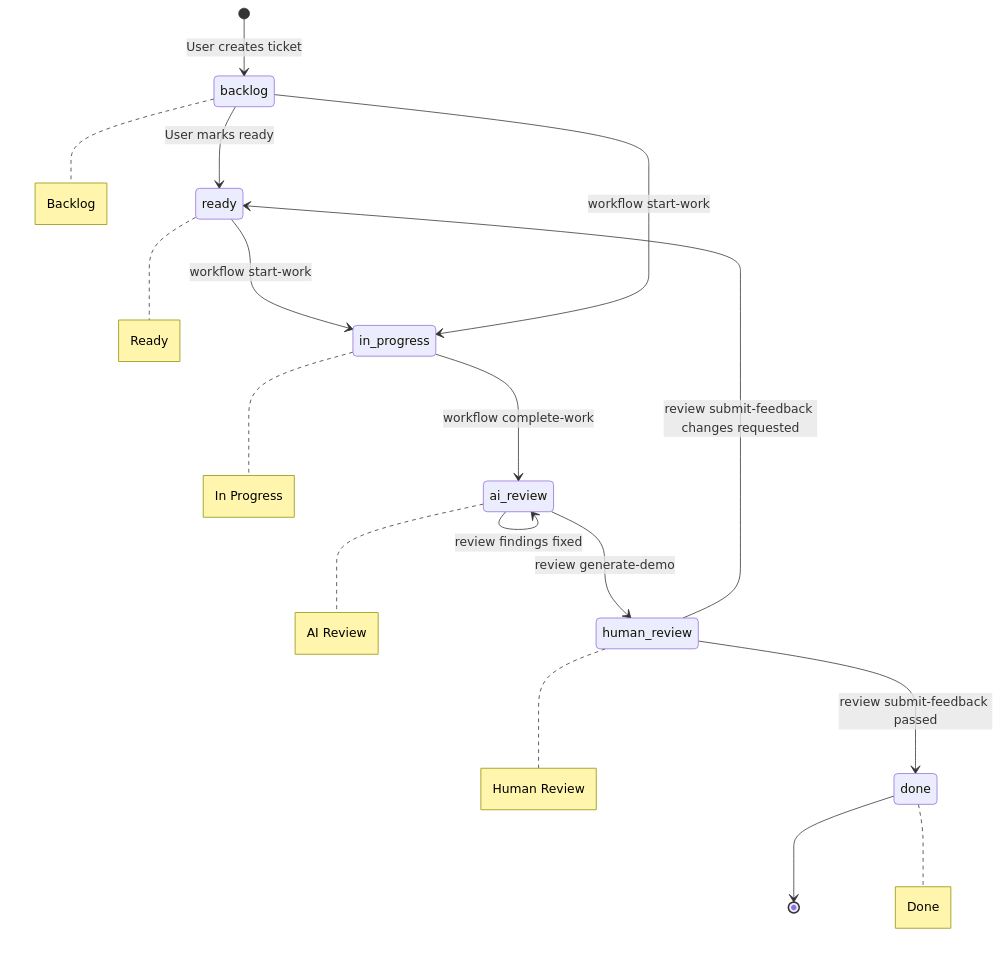
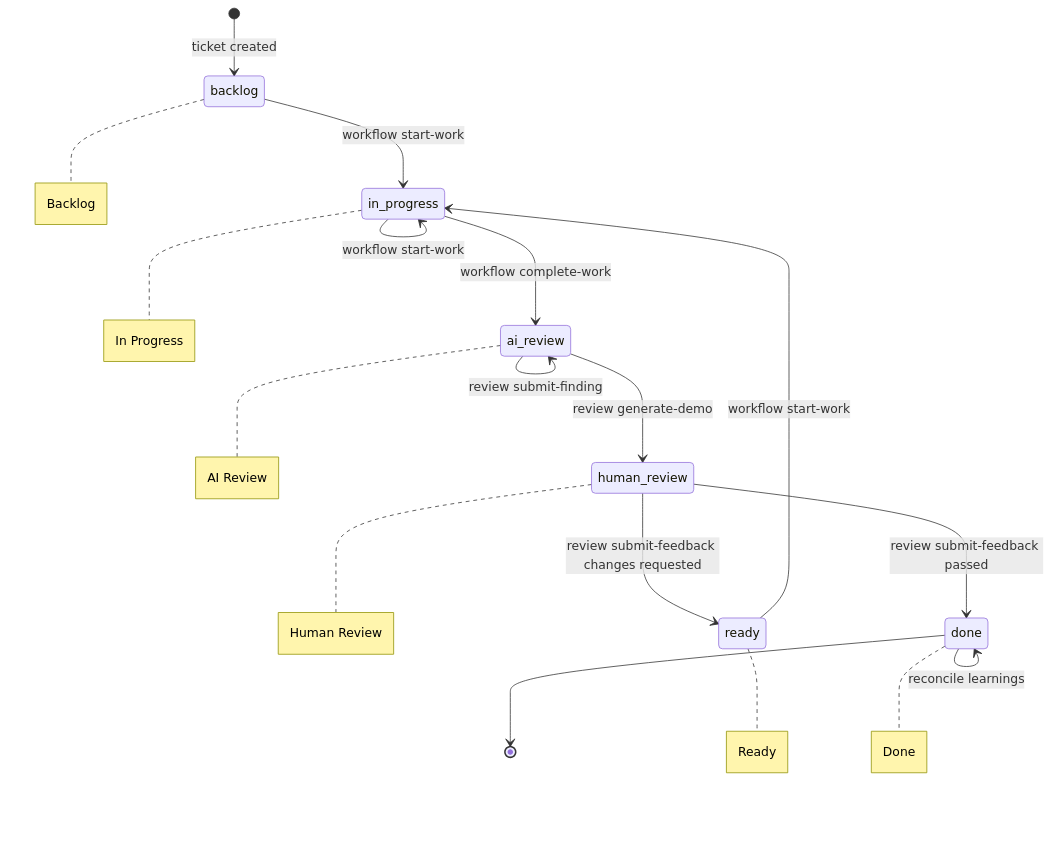
The first of 15 diagrams in docs/claude-flow-ticket-lifecycle.md (salmanrrana/brain-dump), drawn with Mermaid before and after one commit. The commit also changed 27 other files, not shown here.

Commit message:
feat(042cd2bb): address workflow sync review findings

````diff
--- a/docs/claude-flow-ticket-lifecycle.md
+++ b/docs/claude-flow-ticket-lifecycle.md
@@ -11,20 +11,21 @@
 ```mermaid
 stateDiagram-v2
-    [*] --> backlog: User creates ticket
-    backlog --> ready: User marks ready
+    [*] --> backlog: ticket created
+    backlog --> in_progress: workflow start-work
     ready --> in_progress: workflow start-work
-    backlog --> in_progress: workflow start-work
+    in_progress --> in_progress: workflow start-work
     in_progress --> ai_review: workflow complete-work
-    ai_review --> ai_review: review findings fixed
+    ai_review --> ai_review: review submit-finding
     ai_review --> human_review: review generate-demo
     human_review --> done: review submit-feedback passed
     human_review --> ready: review submit-feedback changes requested
+    done --> done: reconcile learnings
     done --> [*]
 
     note right of backlog: Backlog
     note right of ready: Ready
     note right of in_progress: In Progress
     note right of ai_review: AI Review
     note right of human_review: Human Review
     note right of done: Done
 ```
````
